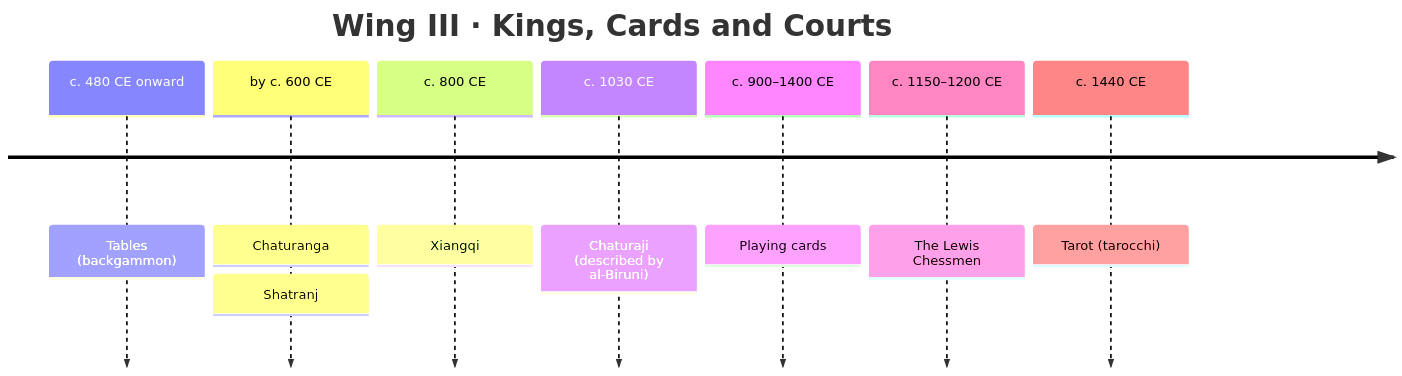
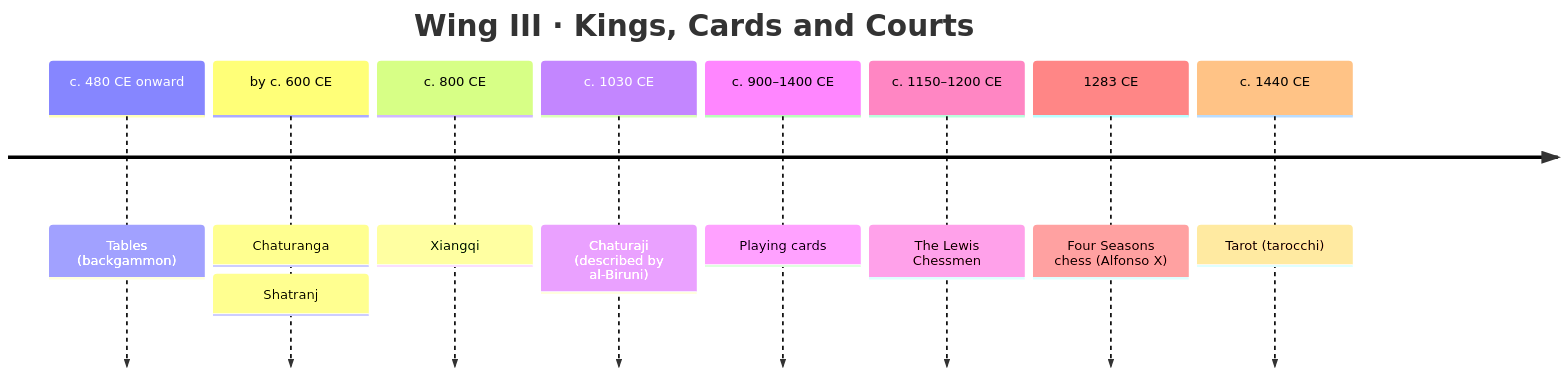
Before and after one commit to CptNope/Librarium-Archives: the fifth of 8 diagrams in docs/exhibits.md, drawn with Mermaid. The commit also changed other lines of this file and 15 other files, not shown here.

First line of the commit message:
Add Seega, Tâb, Bagh-chal and Four Seasons chess (work in progress)

````diff
--- a/docs/exhibits.md
+++ b/docs/exhibits.md
@@ -92,11 +92,12 @@
 ```mermaid
 timeline
     title Wing III · Kings, Cards and Courts
     c. 480 CE onward : Tables (backgammon)
     by c. 600 CE : Chaturanga : Shatranj
     c. 800 CE : Xiangqi
     c. 1030 CE : Chaturaji (described by al-Biruni)
     c. 900–1400 CE : Playing cards
     c. 1150–1200 CE : The Lewis Chessmen
+    1283 CE : Four Seasons chess (Alfonso X)
     c. 1440 CE : Tarot (tarocchi)
 ```
````
